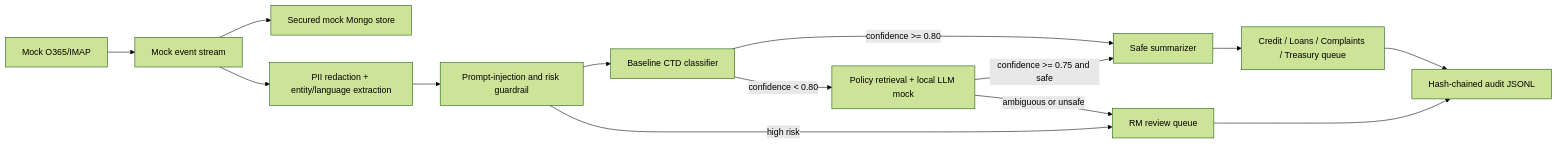
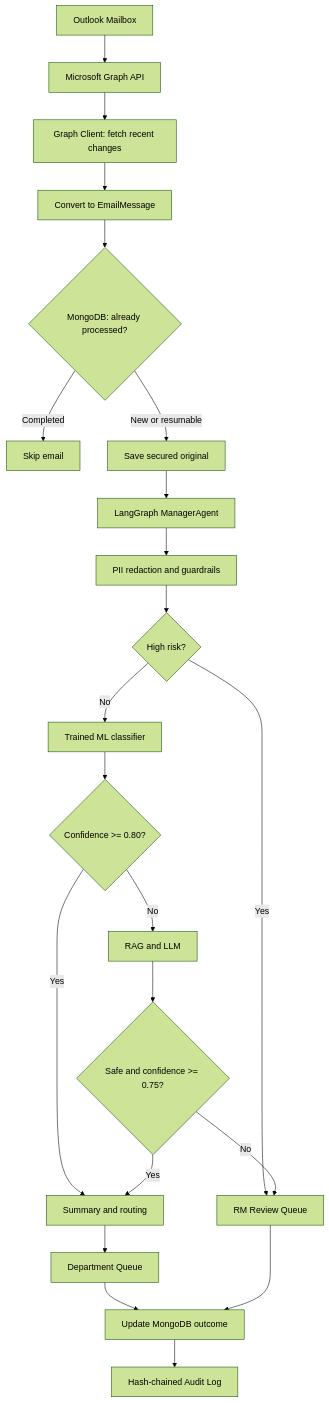
Before and after one commit to viveksr755/Email-Analytics-Agent: the diagram in README.md, drawn with Mermaid (forest theme). The commit also changed other lines of this file and 28 other files, not shown here.

````diff
--- a/README.md
+++ b/README.md
@@ -7,16 +7,24 @@
 ```mermaid
-flowchart LR
-  A[Mock O365/IMAP] --> B[Mock event stream]
-  B --> C[Secured mock Mongo store]
-  B --> D[PII redaction + entity/language extraction]
-  D --> E[Prompt-injection and risk guardrail]
-  E --> F[Baseline CTD classifier]
-  F -->|confidence >= 0.80| H[Safe summarizer]
-  F -->|confidence < 0.80| G[Policy retrieval + local LLM mock]
-  G -->|confidence >= 0.75 and safe| H
-  E -->|high risk| I[RM review queue]
-  G -->|ambiguous or unsafe| I
-  H --> J[Credit / Loans / Complaints / Treasury queue]
-  I --> K[Hash-chained audit JSONL]
-  J --> K
+flowchart TD
+  A[Outlook Mailbox] --> B[Microsoft Graph API]
+  B --> C[Graph Client: fetch recent changes]
+  C --> D[Convert to EmailMessage]
+  D --> E{MongoDB: already processed?}
+  E -->|Completed| F[Skip email]
+  E -->|New or resumable| G[Save secured original]
+  G --> H[LangGraph ManagerAgent]
+  H --> I[PII redaction and guardrails]
+  I --> J{High risk?}
+  J -->|Yes| R[RM Review Queue]
+  J -->|No| K[Trained ML classifier]
+  K --> L{Confidence >= 0.80?}
+  L -->|Yes| O[Summary and routing]
+  L -->|No| M[RAG and LLM]
+  M --> N{Safe and confidence >= 0.75?}
+  N -->|Yes| O
+  N -->|No| R
+  O --> P[Department Queue]
+  P --> Q[Update MongoDB outcome]
+  R --> Q
+  Q --> S[Hash-chained Audit Log]
 ```
````
